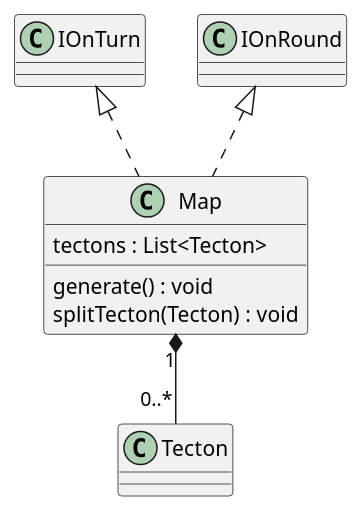
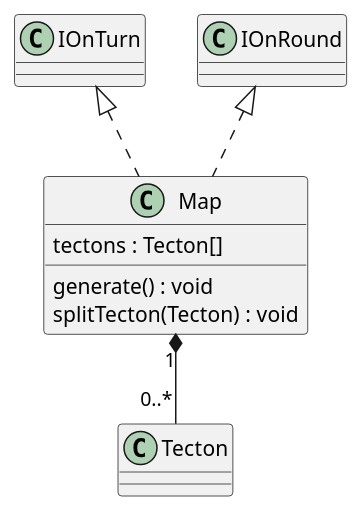
The diagram in 3/classes/map.puml (Petya-G/fungorium), drawn with PlantUML before and after one commit. The commit also changed 3 other files, not shown here.

```diff
--- a/3/classes/map.puml
+++ b/3/classes/map.puml
@@ -1,10 +1,10 @@
 @startuml map
 IOnTurn <|.. Map 
 IOnRound <|.. Map
 Map "1" *-- "0..*" Tecton
 class Map{
-    tectons : List<Tecton>
+    tectons : Tecton[]
     generate() : void
     splitTecton(Tecton) : void
 }
 @enduml
```
